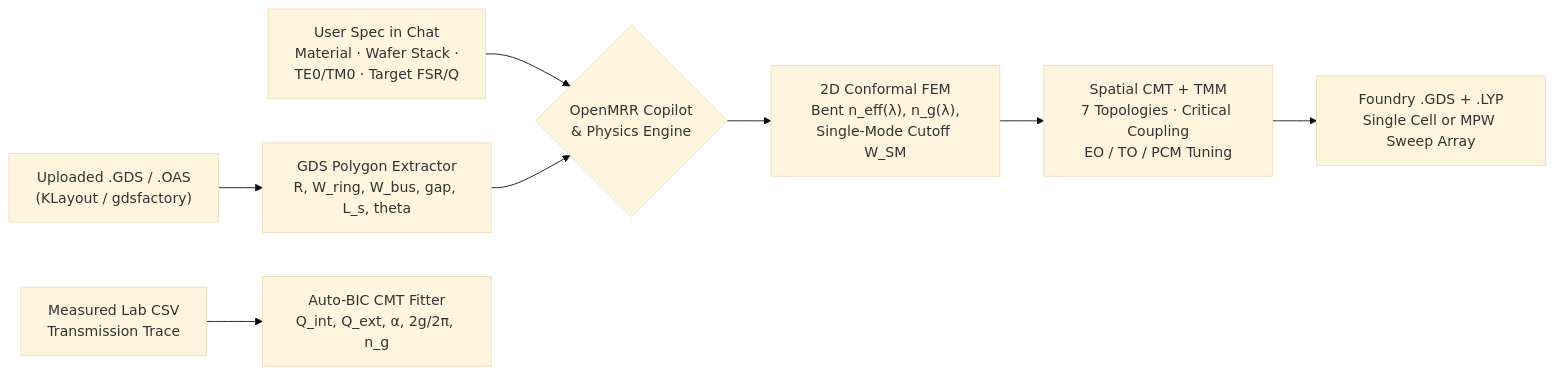
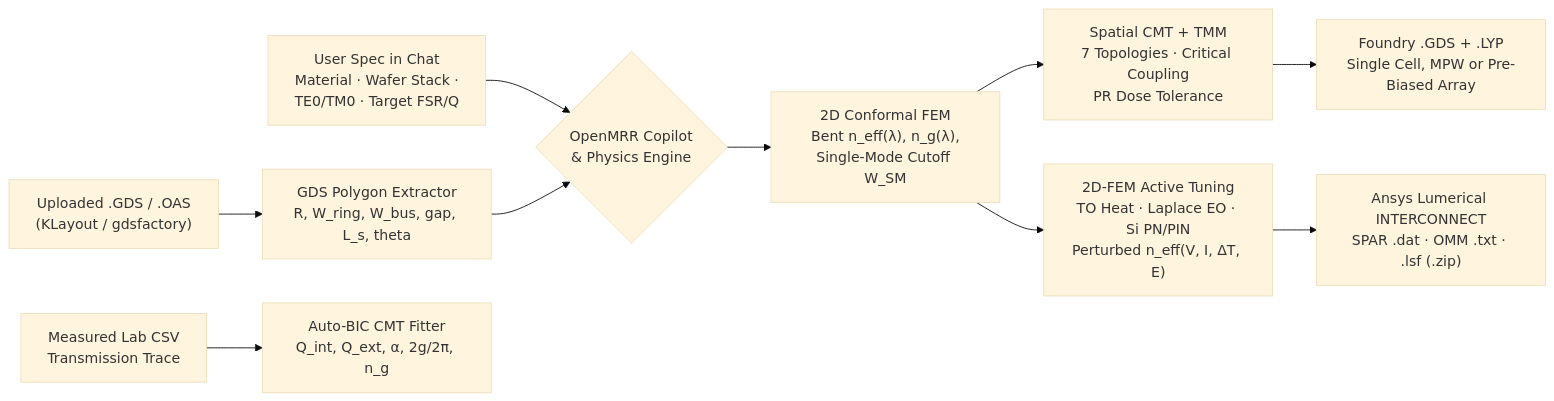
The diagram in README.md (ZhihaoRenKevin/openmrr-studio), drawn with Mermaid (base theme) before and after one commit. The commit also changed other lines of this file and 7 other files, not shown here.

Commit message:
docs(v3.4.0): sync v3.4.0 verification benchmarks, roadmap, dynamic CLI/app version, and CI template

````diff
--- a/README.md
+++ b/README.md
@@ -47,10 +48,12 @@
 ```mermaid
 flowchart LR
     U["User Spec in Chat<br/>Material · Wafer Stack ·<br/>TE0/TM0 · Target FSR/Q"] --> C{"OpenMRR Copilot<br/>& Physics Engine"}
     G1["Uploaded .GDS / .OAS<br/>(KLayout / gdsfactory)"] --> B1["GDS Polygon Extractor<br/>R, W_ring, W_bus, gap, L_s, theta"]
     B1 --> C
     C --> M["2D Conformal FEM<br/>Bent n_eff(λ), n_g(λ),<br/>Single-Mode Cutoff W_SM"]
-    M --> S["Spatial CMT + TMM<br/>7 Topologies · Critical Coupling<br/>EO / TO / PCM Tuning"]
-    S --> G2["Foundry .GDS + .LYP<br/>Single Cell or MPW Sweep Array"]
+    M --> S["Spatial CMT + TMM<br/>7 Topologies · Critical Coupling<br/>PR Dose Tolerance"]
+    M --> A["2D-FEM Active Tuning<br/>TO Heat · Laplace EO · Si PN/PIN<br/>Perturbed n_eff(V, I, ΔT, E)"]
+    A --> IC["Ansys Lumerical INTERCONNECT<br/>SPAR .dat · OMM .txt · .lsf (.zip)"]
+    S --> G2["Foundry .GDS + .LYP<br/>Single Cell, MPW or Pre-Biased Array"]
     L["Measured Lab CSV<br/>Transmission Trace"] --> F["Auto-BIC CMT Fitter<br/>Q_int, Q_ext, α, 2g/2π, n_g"]
 ```
````
